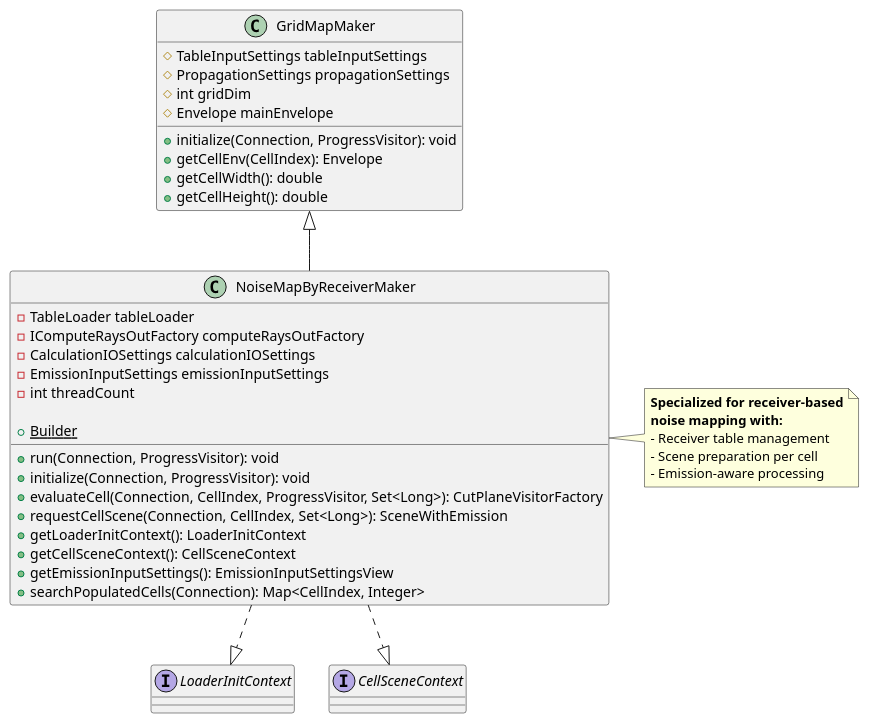
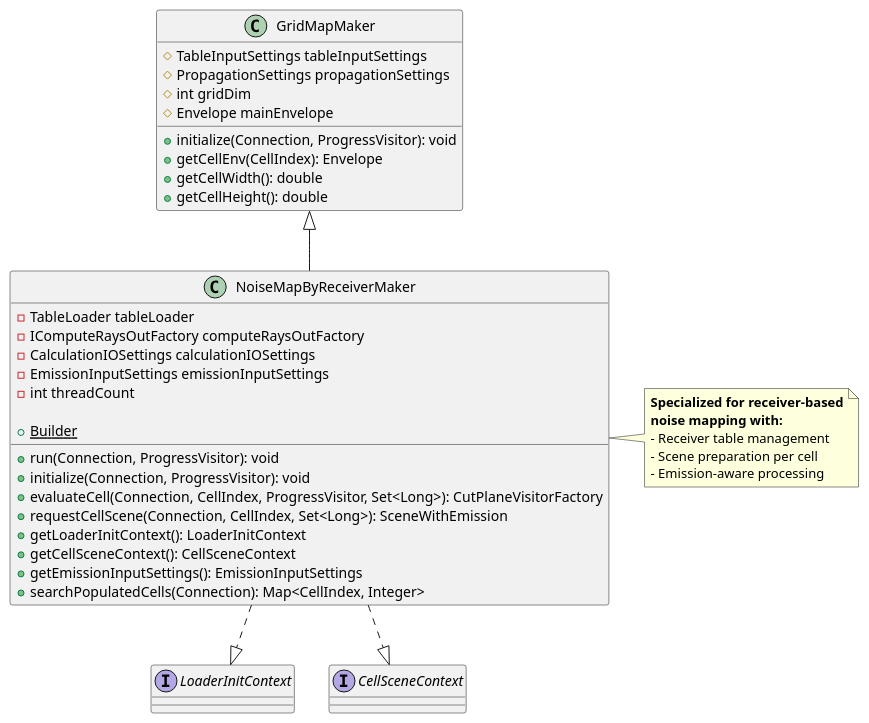
The first of 7 diagrams in Docs-dev/noisemapbyreceivermaker_algorithms.md (jtagusari/NoiseModelling), drawn with PlantUML before and after one commit. The commit also changed other lines of this file and 21 other files, not shown here.

````diff
--- a/Docs-dev/noisemapbyreceivermaker_algorithms.md
+++ b/Docs-dev/noisemapbyreceivermaker_algorithms.md
@@ -53,48 +53,48 @@
 ```plantuml
 @startuml
 class GridMapMaker {
   # TableInputSettings tableInputSettings
   # PropagationSettings propagationSettings
   # int gridDim
   # Envelope mainEnvelope
 
   + initialize(Connection, ProgressVisitor): void
   + getCellEnv(CellIndex): Envelope
   + getCellWidth(): double
   + getCellHeight(): double
 }
 
 class NoiseMapByReceiverMaker extends GridMapMaker {
   - TableLoader tableLoader
   - IComputeRaysOutFactory computeRaysOutFactory
   - CalculationIOSettings calculationIOSettings
   - EmissionInputSettings emissionInputSettings
   - int threadCount
 
   + {static} Builder
   + run(Connection, ProgressVisitor): void
   + initialize(Connection, ProgressVisitor): void
   + evaluateCell(Connection, CellIndex, ProgressVisitor, Set<Long>): CutPlaneVisitorFactory
   + requestCellScene(Connection, CellIndex, Set<Long>): SceneWithEmission
   + getLoaderInitContext(): LoaderInitContext
   + getCellSceneContext(): CellSceneContext
-  + getEmissionInputSettings(): EmissionInputSettingsView
+  + getEmissionInputSettings(): EmissionInputSettings
   + searchPopulatedCells(Connection): Map<CellIndex, Integer>
 }
 
 interface LoaderInitContext
 interface CellSceneContext
 
 NoiseMapByReceiverMaker ..|> LoaderInitContext
 NoiseMapByReceiverMaker ..|> CellSceneContext
 
 
 note right of NoiseMapByReceiverMaker
   **Specialized for receiver-based**
   **noise mapping with:**
   - Receiver table management
   - Scene preparation per cell
   - Emission-aware processing
 end note
 @enduml
 ```
````
